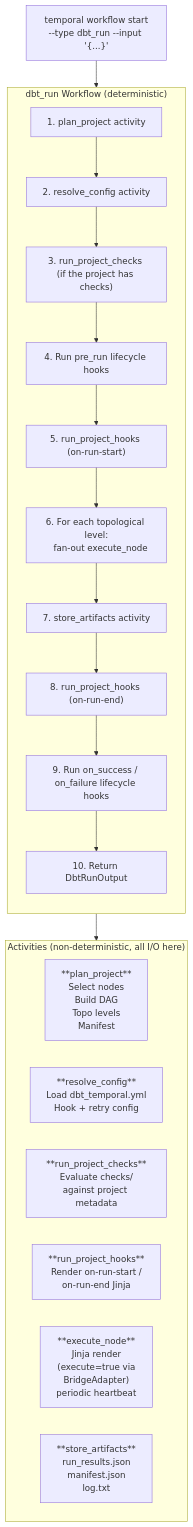
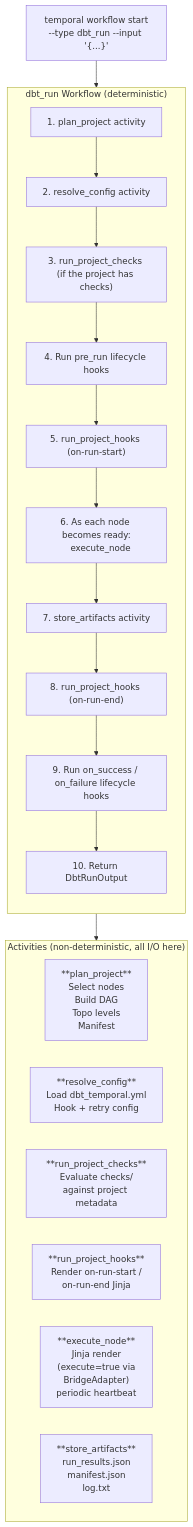
One commit to thejens/dbt-temporal changed the diagram in docs/architecture.md. Above: the diagram before and after it, drawn with Mermaid. The commit also changed other lines of this file and 4 other files, not shown here.

````diff
--- a/docs/architecture.md
+++ b/docs/architecture.md
@@ -9,29 +9,29 @@
 ```mermaid
 flowchart TD
     User["temporal workflow start\n--type dbt_run --input '{...}'"] --> Workflow
 
     subgraph Workflow["dbt_run Workflow (deterministic)"]
         direction TB
         W1["1. plan_project activity"] --> W2["2. resolve_config activity"]
         W2 --> W3["3. run_project_checks (if the project has checks)"]
         W3 --> W4["4. Run pre_run lifecycle hooks"]
         W4 --> W5["5. run_project_hooks (on-run-start)"]
-        W5 --> W6["6. For each topological level:\n   fan-out execute_node"]
+        W5 --> W6["6. As each node becomes ready:\n   execute_node"]
         W6 --> W7["7. store_artifacts activity"]
         W7 --> W8["8. run_project_hooks (on-run-end)"]
         W8 --> W9["9. Run on_success / on_failure lifecycle hooks"]
         W9 --> W10["10. Return DbtRunOutput"]
     end
 
     Workflow --> Activities
 
     subgraph Activities["Activities (non-deterministic, all I/O here)"]
         direction LR
         Plan["**plan_project**\nSelect nodes\nBuild DAG\nTopo levels\nManifest"]
         Config["**resolve_config**\nLoad dbt_temporal.yml\nHook + retry config"]
         Checks["**run_project_checks**\nEvaluate checks/\nagainst project metadata"]
         Hooks["**run_project_hooks**\nRender on-run-start /\non-run-end Jinja"]
         Exec["**execute_node**\nJinja render\n(execute=true via\nBridgeAdapter)\nperiodic heartbeat"]
         Store["**store_artifacts**\nrun_results.json\nmanifest.json\nlog.txt"]
     end
 ```
````
